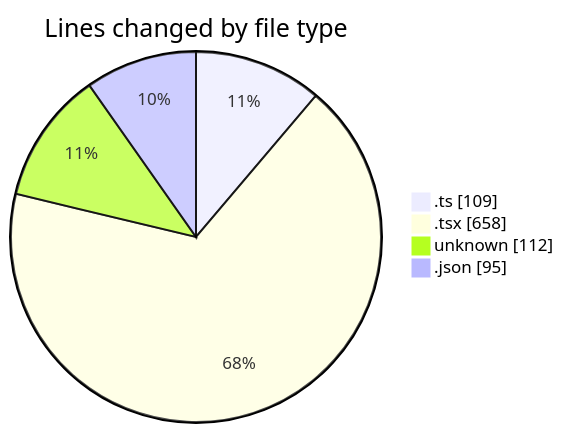
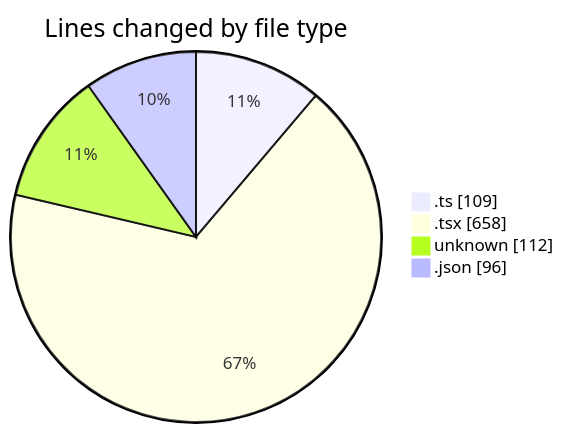
Before and after one commit to momahboobian/code-tracking: the first of 2 diagrams in 2026-04-29/cda/README.md, drawn with Mermaid. The commit also changed other lines of this file and 1 other file, not shown here.

````diff
--- a/2026-04-29/cda/README.md
+++ b/2026-04-29/cda/README.md
@@ -32,8 +32,8 @@
 ```mermaid
 pie showData
 title Lines changed by file type
 ".ts" : 109
 ".tsx" : 658
 "unknown" : 112
-".json" : 95
+".json" : 96
 ```
````
